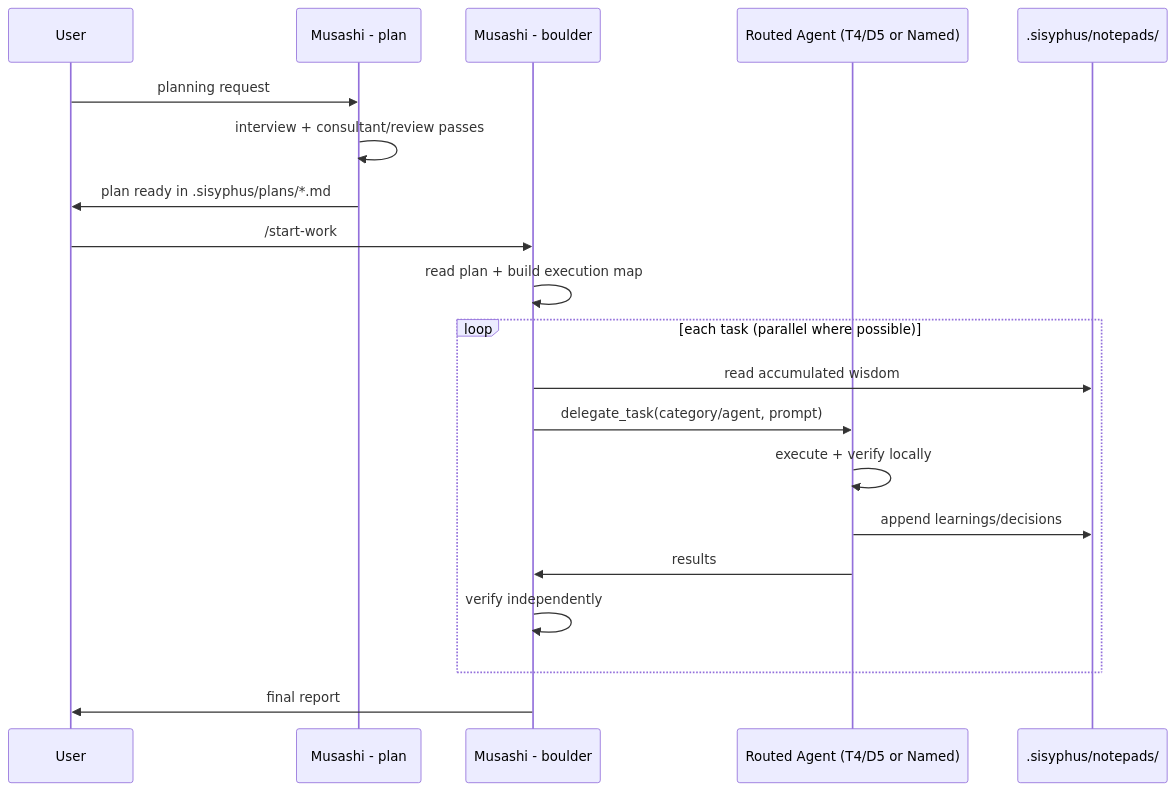
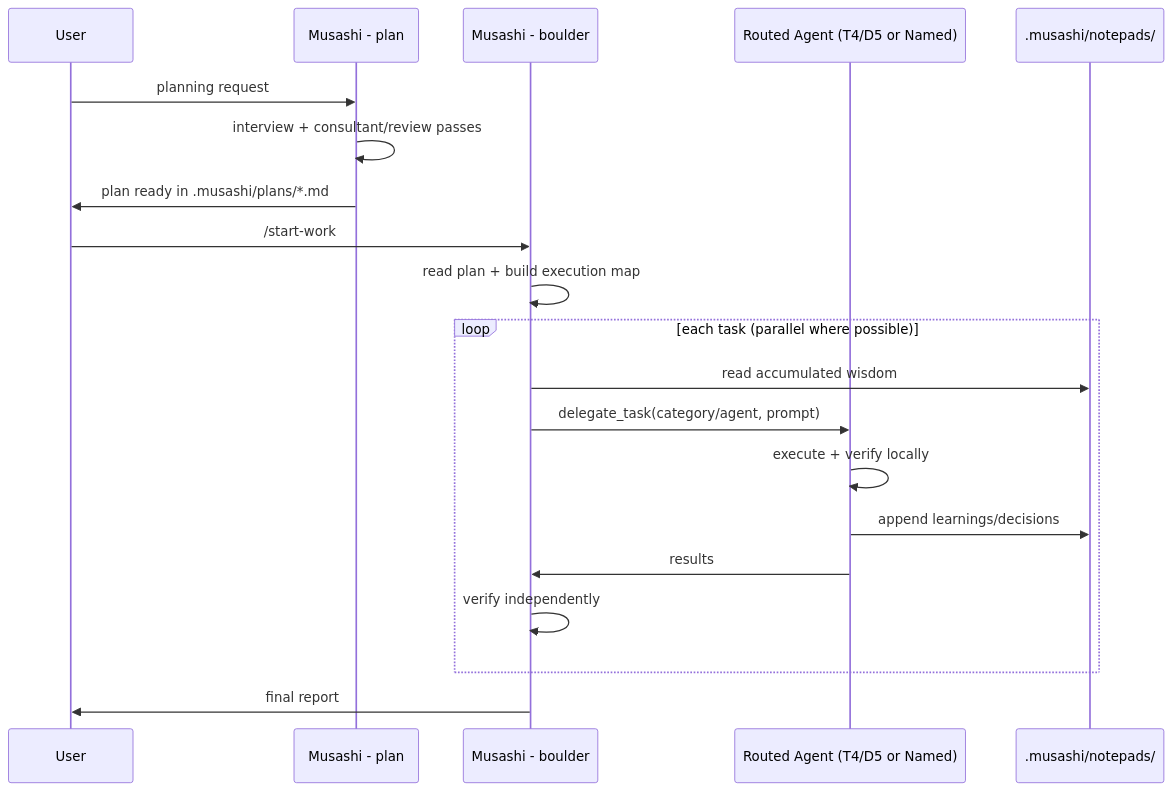
The fourth of 4 diagrams in docs/guide/understanding-orchestration-system.md (codewithkenzo/oh-my-opencode), drawn with Mermaid before and after one commit. The commit also changed other lines of this file and 9 other files, not shown here.

````diff
--- a/docs/guide/understanding-orchestration-system.md
+++ b/docs/guide/understanding-orchestration-system.md
@@ -200,26 +200,26 @@
 ```mermaid
 sequenceDiagram
     participant User
     participant Plan as Musashi - plan
     participant Boulder as Musashi - boulder
     participant Worker as Routed Agent (T4/D5 or Named)
-    participant Notepad as .sisyphus/notepads/
+    participant Notepad as .musashi/notepads/
 
     User->>Plan: planning request
     Plan->>Plan: interview + consultant/review passes
-    Plan->>User: plan ready in .sisyphus/plans/*.md
+    Plan->>User: plan ready in .musashi/plans/*.md
 
     User->>Boulder: /start-work
     Boulder->>Boulder: read plan + build execution map
 
     loop each task (parallel where possible)
         Boulder->>Notepad: read accumulated wisdom
         Boulder->>Worker: delegate_task(category/agent, prompt)
         Worker->>Worker: execute + verify locally
         Worker->>Notepad: append learnings/decisions
         Worker->>Boulder: results
         Boulder->>Boulder: verify independently
     end
 
     Boulder->>User: final report
 ```
````
